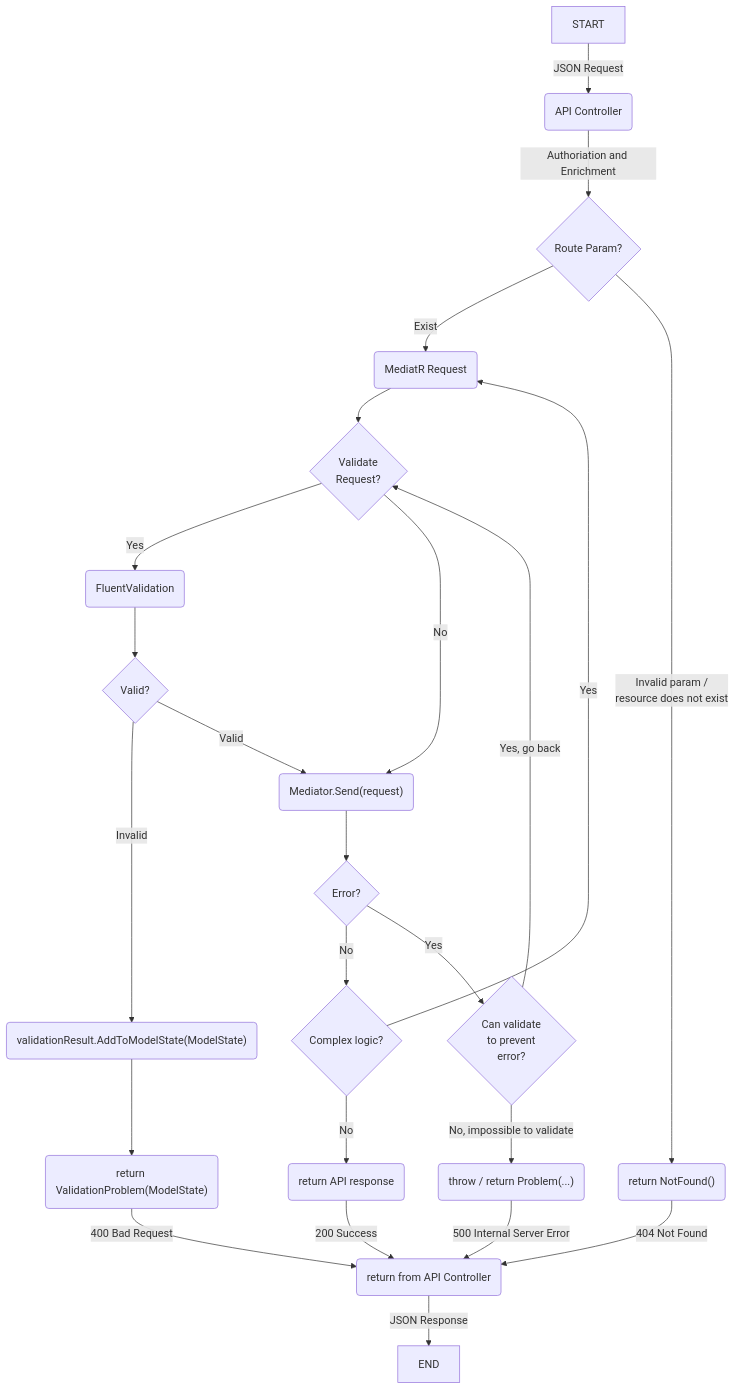
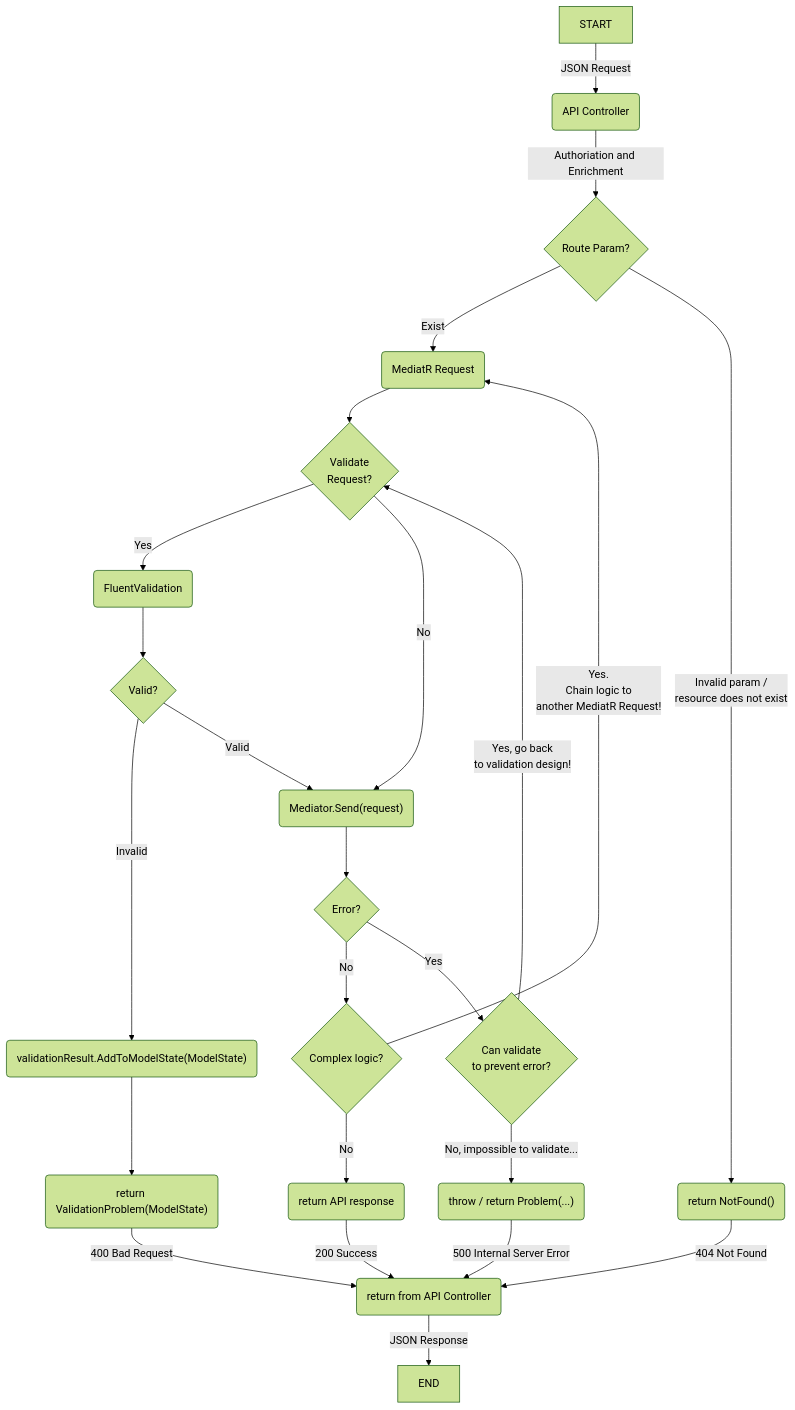
Before and after one commit to accelist/Accelist.WebApiStandard: the diagram in README.md, drawn with Mermaid.

````diff
--- a/README.md
+++ b/README.md
@@ -64,26 +64,27 @@
 ```mermaid
+%%{init: {'theme': 'forest' } }%%
 graph TD
     START -->|JSON Request| A(API Controller)
     A -->|Authoriation and Enrichment| R{Route Param?}
     R -->|Exist| B(MediatR Request)
     R -->|Invalid param / <br/> resource does not exist| R404("return NotFound()")
     R404 --> |404 Not Found| BACK
     B --> C{Validate<br/>Request?}
     C -->|Yes| D1(FluentValidation)
     C -->|No| F2
     D1 --> E{Valid?}
     E -->|Invalid| F400("validationResult.AddToModelState(ModelState)")
     E -->|Valid| F2
     F400 --> G400("return ValidationProblem(ModelState)")
     G400 -->|400 Bad Request| BACK
     F2("Mediator.Send(request)") --> G{Error?}
     G --> |No|H{Complex logic?}
-    G --> |Yes|H500{Can validate<br/>to prevent<br/>error?}
-    H --> |Yes|B
+    G --> |Yes|H500{Can validate<br/>to prevent error?}
+    H --> |Yes.<br/>Chain logic to<br/>another MediatR Request!|B
     H --> |No|I200(return API response)
     I200 --> |200 Success| BACK
-    H500 --> |Yes, go back|C
-    H500 --> |No, impossible to validate|I500("throw / return Problem(...)")
+    H500 --> |Yes, go back <br/> to validation design!|C
+    H500 --> |No, impossible to validate...|I500("throw / return Problem(...)")
     I500 --> |500 Internal Server Error| BACK(return from API Controller)
     BACK --> |JSON Response| END
 ```
````
